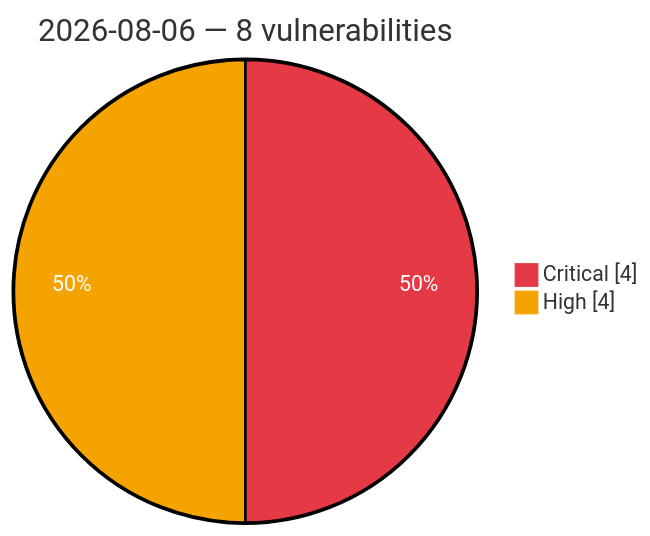
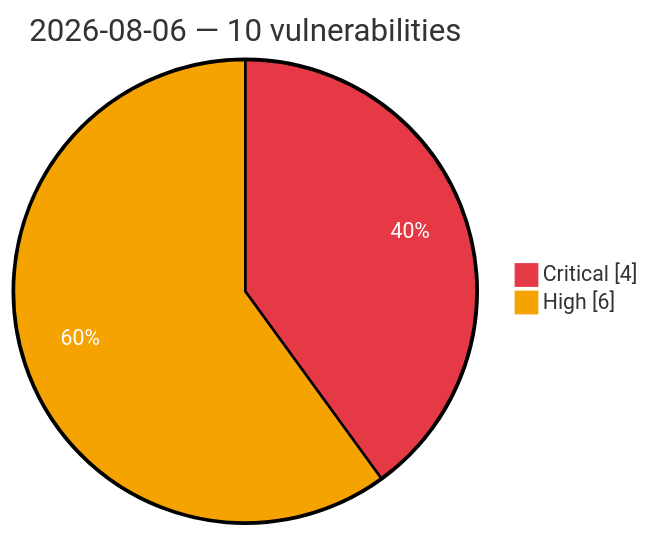
One commit to GhostX0X/vuln-tracker changed the diagram in vulnerabilities/2026-08-06.md. Above: the diagram before and after it, drawn with Mermaid. The commit also changed other lines of this file and 2 other files, not shown here.

Commit message:
Auto update: critical/high vulns (2026-08-06 13:19 UTC)

````diff
--- a/vulnerabilities/2026-08-06.md
+++ b/vulnerabilities/2026-08-06.md
@@ -3,7 +3,7 @@
 ```mermaid
 %%{init: {'theme':'base', 'themeVariables': {'pie1':'#e63946', 'pie2':'#f4a300', 'pieOpacity':'1', 'pieOuterStrokeWidth':'2px', 'pieSectionTextColor':'#ffffff'}}}%%
 pie showData
-    title 2026-08-06 — 8 vulnerabilities
+    title 2026-08-06 — 10 vulnerabilities
     "Critical" : 4
-    "High" : 4
+    "High" : 6
 ```
````
